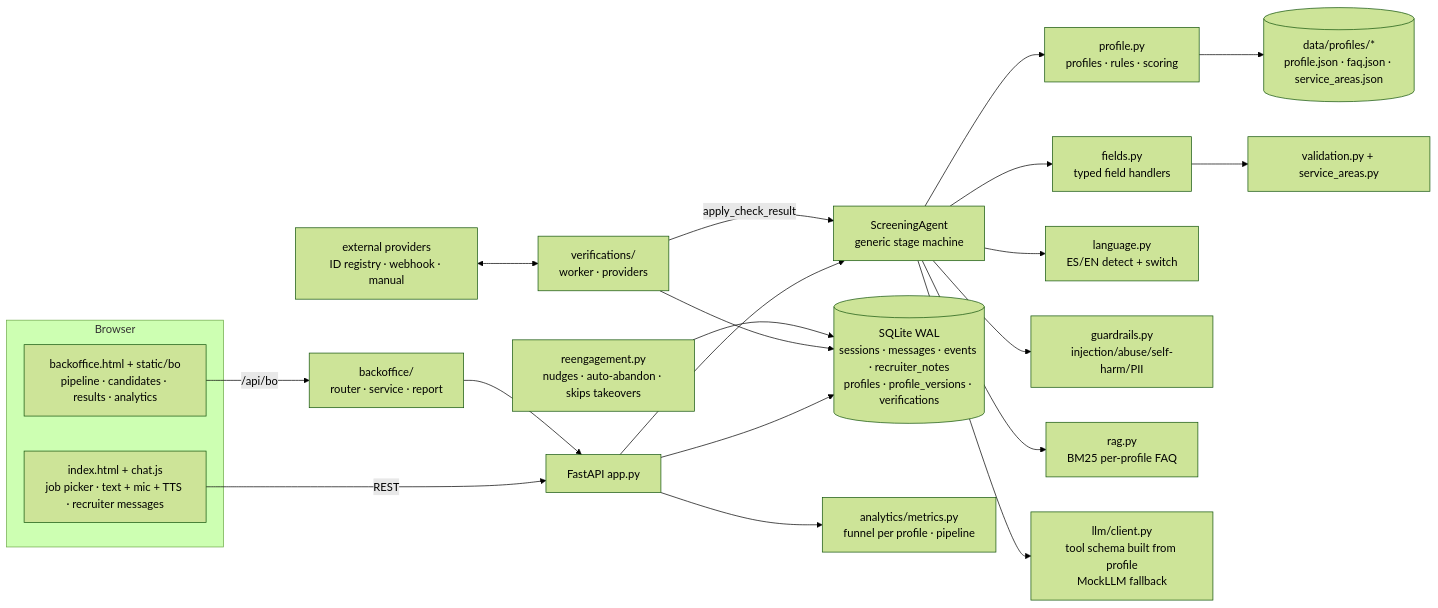
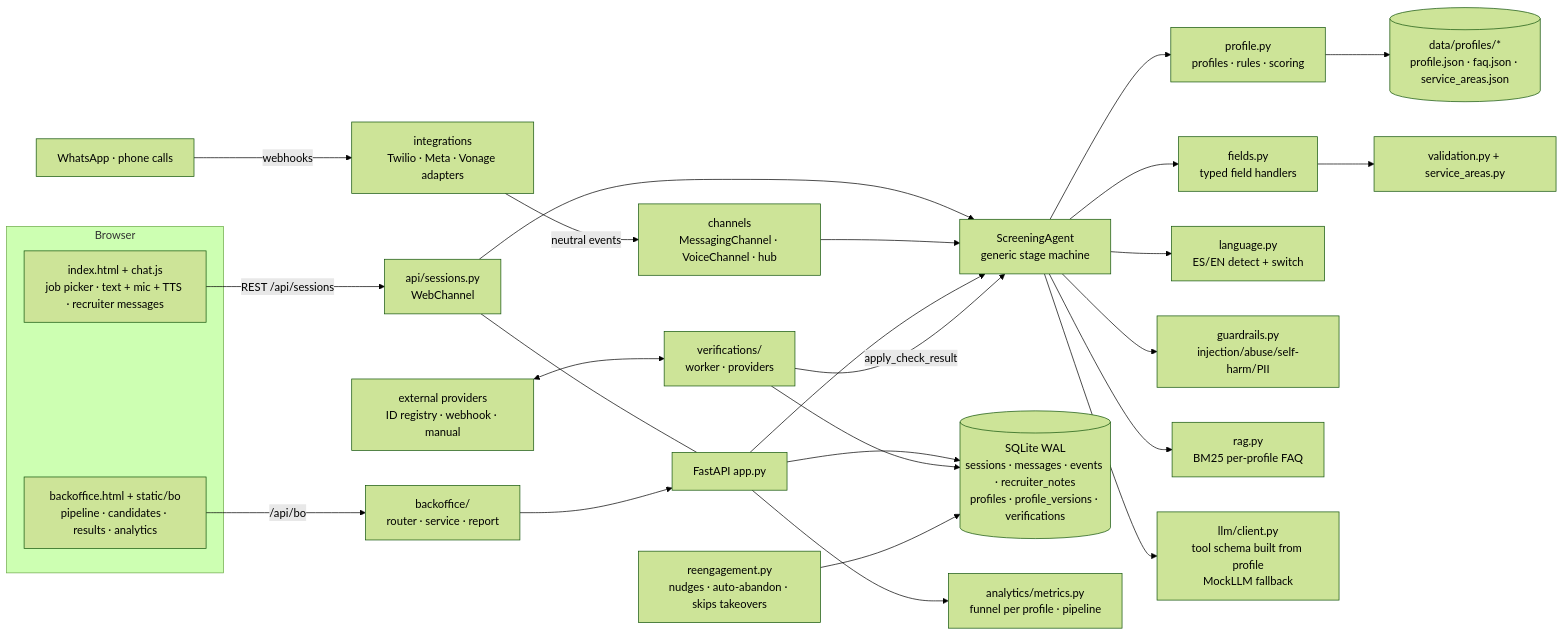
One commit to DalWhite/screening-agent changed the first of 2 diagrams in docs/architecture.md. Above: the diagram before and after it, drawn with Mermaid (forest theme). The commit also changed other lines of this file and 137 other files, not shown here.

````diff
--- a/docs/architecture.md
+++ b/docs/architecture.md
@@ -5,25 +5,30 @@
 ```mermaid
 graph LR
     subgraph browser[Browser]
         CHAT[index.html + chat.js<br/>job picker · text + mic + TTS · recruiter messages]
         BO[backoffice.html + static/bo<br/>pipeline · candidates · results · analytics]
     end
-    CHAT -- REST --> API[FastAPI app.py]
+    CHAT -- REST /api/sessions --> WEB[api/sessions.py<br/>WebChannel]
+    WEB --> AG
+    WEB --- API[FastAPI app.py]
+    PHONE[WhatsApp · phone calls] -- webhooks --> PROV[integrations<br/>Twilio · Meta · Vonage adapters]
+    PROV -- neutral events --> CH[channels<br/>MessagingChannel · VoiceChannel · hub]
+    CH --> AG
     BO -- /api/bo --> BOA[backoffice/<br/>router · service · report]
     BOA --> API
     API --> AG[ScreeningAgent<br/>generic stage machine]
     AG --> PR[profile.py<br/>profiles · rules · scoring]
     PR --> PD[(data/profiles/*<br/>profile.json · faq.json · service_areas.json)]
     AG --> FH[fields.py<br/>typed field handlers]
     AG --> LANG[language.py<br/>ES/EN detect + switch]
     AG --> GR[guardrails.py<br/>injection/abuse/self-harm/PII]
     FH --> VAL[validation.py + service_areas.py]
     AG --> RAG[rag.py<br/>BM25 per-profile FAQ]
     AG --> LLM[llm/client.py<br/>tool schema built from profile<br/>MockLLM fallback]
     API --> DB[(SQLite WAL<br/>sessions · messages · events · recruiter_notes<br/>profiles · profile_versions · verifications)]
     VW[verifications/<br/>worker · providers] --> DB
     VW -- apply_check_result --> AG
     EXT[external providers<br/>ID registry · webhook · manual] <--> VW
     MON[reengagement.py<br/>nudges · auto-abandon · skips takeovers] --> DB
     API --> AN[analytics/metrics.py<br/>funnel per profile · pipeline]
 ```
````
